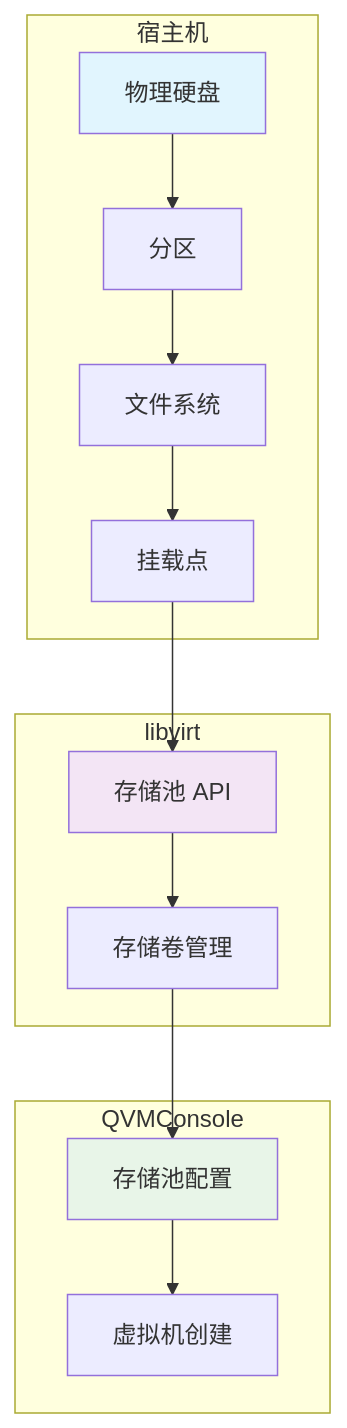
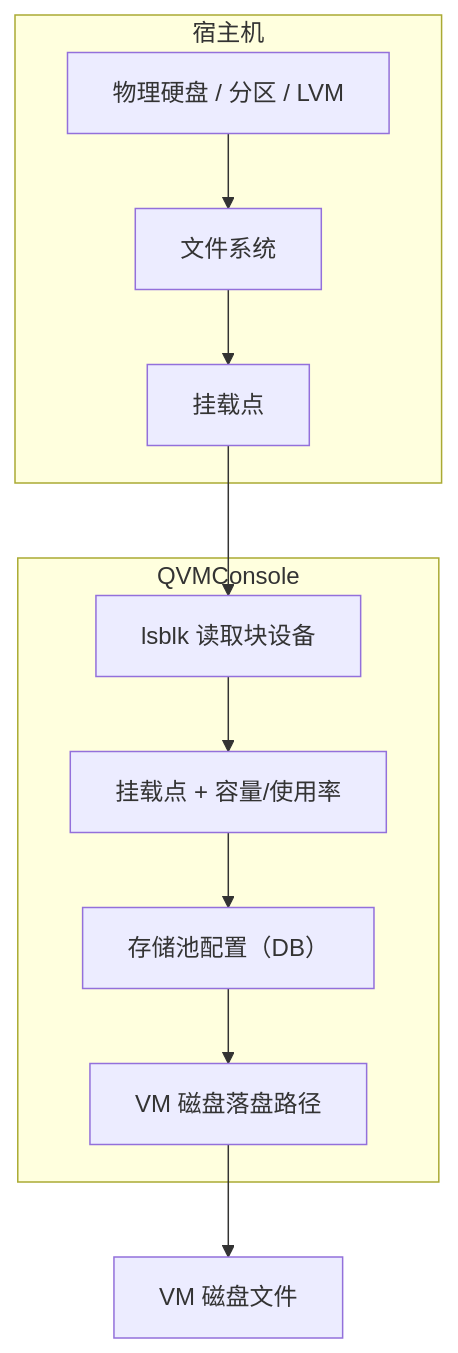
The fourth of 5 diagrams in docs/storage-pool/storage-pool-management.mdx (QVMConsole/docs), drawn with Mermaid before and after one commit. The commit also changed other lines of this file and 6 other files, not shown here.

````diff
--- a/docs/storage-pool/storage-pool-management.mdx
+++ b/docs/storage-pool/storage-pool-management.mdx
@@ -154,27 +154,16 @@
 ```mermaid
 graph TB
     subgraph 宿主机
-        A[物理硬盘] --> B[分区]
-        B --> C[文件系统]
-        C --> D[挂载点]
+        A[物理硬盘 / 分区 / LVM] --> B[文件系统]
+        B --> C[挂载点]
     end
-    
-    subgraph libvirt
-        E[存储池 API]
-        F[存储卷管理]
+
+    subgraph QVMConsole
+        D[lsblk 读取块设备] --> E[挂载点 + 容量/使用率]
+        E --> F[存储池配置（DB）]
+        F --> G[VM 磁盘落盘路径]
     end
-    
-    subgraph QVMConsole
-        G[存储池配置]
-        H[虚拟机创建]
-    end
-    
-    D --> E
-    E --> F
-    F --> G
-    G --> H
-    
-    style A fill:#e1f5fe
-    style E fill:#f3e5f5
-    style G fill:#e8f5e8
+
+    C --> D
+    G --> H[VM 磁盘文件]
 ```
````
